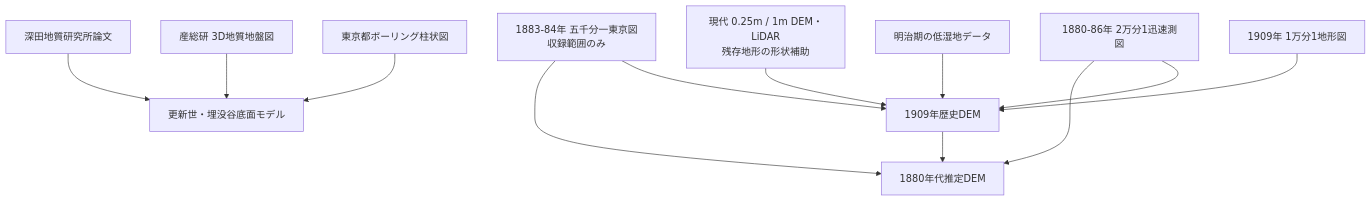
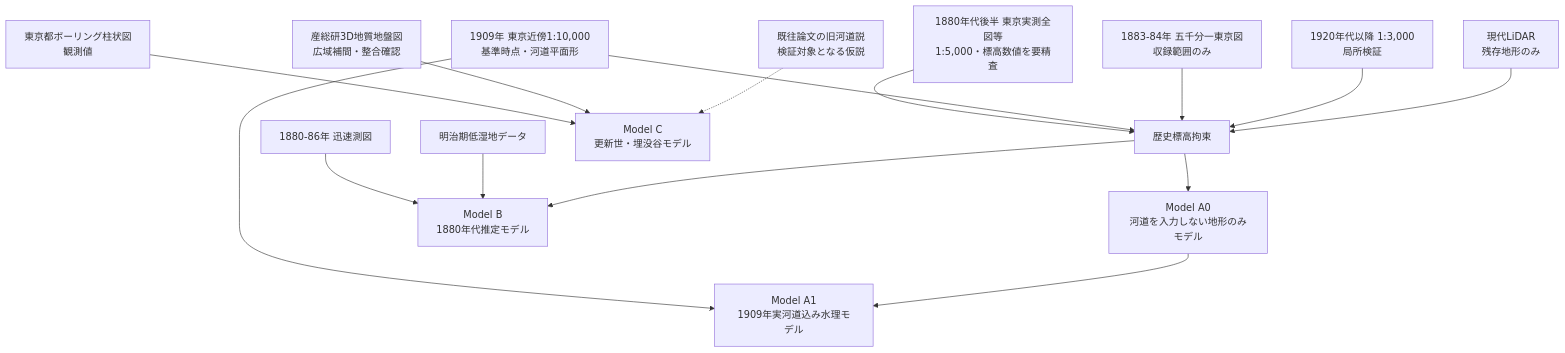
The first of 2 diagrams in docs/historical-terrain-and-flow-simulation-plan.md (yuubinnkyoku/otowa-ankyoscape), drawn with Mermaid before and after one commit. The commit also changed other lines of this file, not shown here.

Commit message:
Refine historical terrain and flow simulation methodology

````diff
--- a/docs/historical-terrain-and-flow-simulation-plan.md
+++ b/docs/historical-terrain-and-flow-simulation-plan.md
@@ -24,16 +34,20 @@
 ```mermaid
 flowchart TD
-    A[1909年 1万分1地形図] --> M1[1909年歴史DEM]
-    B[1880-86年 2万分1迅速測図] --> M1
-    C[1883-84年 五千分一東京図<br/>収録範囲のみ] --> M1
-    D[明治期の低湿地データ] --> M1
-    E[現代 0.25m / 1m DEM・LiDAR<br/>残存地形の形状補助] --> M1
+    J[1880年代後半 東京実測全図等<br/>1:5,000・標高数値を要精査] --> E[歴史標高拘束]
+    A[1909年 東京近傍1:10,000<br/>基準時点・河道平面形] --> E
+    C[1883-84年 五千分一東京図<br/>収録範囲のみ] --> E
+    T[1920年代以降 1:3,000<br/>局所検証] --> E
+    L[現代LiDAR<br/>残存地形のみ] --> E
 
-    M1 --> M2[1880年代推定DEM]
-    B --> M2
-    C --> M2
+    E --> A0[Model A0<br/>河道を入力しない地形のみモデル]
+    A --> A1[Model A1<br/>1909年実河道込み水理モデル]
+    A0 --> A1
 
-    F[東京都ボーリング柱状図] --> P[更新世・埋没谷底面モデル]
-    G[産総研 3D地質地盤図] --> P
-    H[深田地質研究所論文] --> P
+    R[1880-86年 迅速測図] --> B[Model B<br/>1880年代推定モデル]
+    W[明治期低湿地データ] --> B
+    E --> B
+
+    BO[東京都ボーリング柱状図<br/>観測値] --> P[Model C<br/>更新世・埋没谷モデル]
+    G[産総研3D地質地盤図<br/>広域補間・整合確認] --> P
+    H[既往論文の旧河道説<br/>検証対象となる仮説] -.-> P
 ```
````
